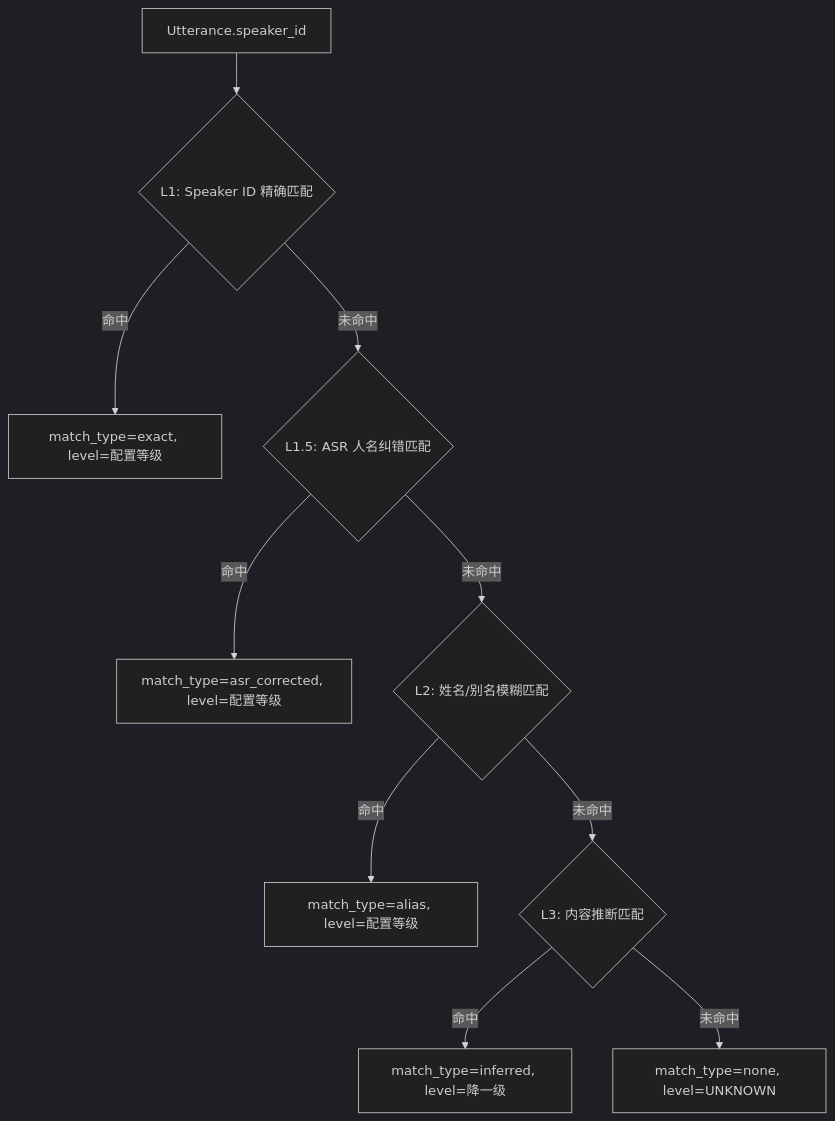
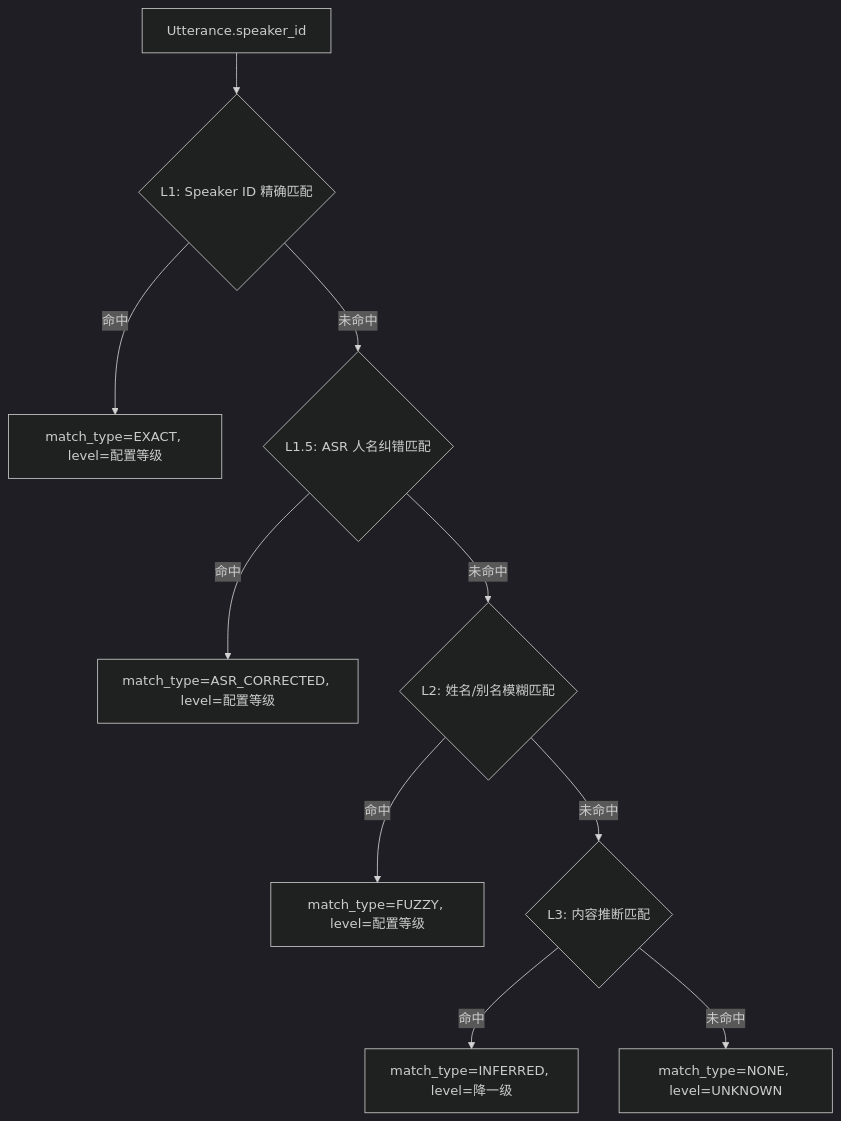
The second of 2 diagrams in docs/sections/arch_module1_data.md (SherlockHao/summary-pipeline), drawn with Mermaid (dark theme) before and after one commit. The commit also changed other lines of this file and 8 other files, not shown here.

````diff
--- a/docs/sections/arch_module1_data.md
+++ b/docs/sections/arch_module1_data.md
@@ -614,12 +599,12 @@
 ```mermaid
 flowchart TD
     S[Utterance.speaker_id] --> L1{L1: Speaker ID 精确匹配}
-    L1 -- 命中 --> R1[match_type=exact, level=配置等级]
+    L1 -- 命中 --> R1[match_type=EXACT, level=配置等级]
     L1 -- 未命中 --> L15{L1.5: ASR 人名纠错匹配}
-    L15 -- 命中 --> R15[match_type=asr_corrected, level=配置等级]
+    L15 -- 命中 --> R15[match_type=ASR_CORRECTED, level=配置等级]
     L15 -- 未命中 --> L2{L2: 姓名/别名模糊匹配}
-    L2 -- 命中 --> R2[match_type=alias, level=配置等级]
+    L2 -- 命中 --> R2[match_type=FUZZY, level=配置等级]
     L2 -- 未命中 --> L3{L3: 内容推断匹配}
-    L3 -- 命中 --> R3["match_type=inferred, level=降一级"]
-    L3 -- 未命中 --> RN[match_type=none, level=UNKNOWN]
+    L3 -- 命中 --> R3["match_type=INFERRED, level=降一级"]
+    L3 -- 未命中 --> RN[match_type=NONE, level=UNKNOWN]
 ```
````
